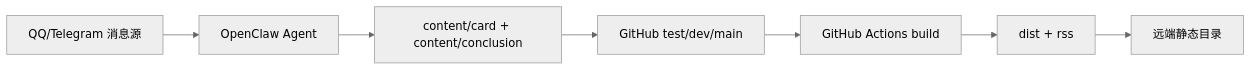
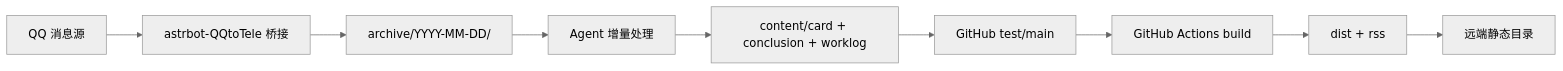
Before and after one commit to guiguisocute/JXNU-PUBLISH: the diagram in README.md, drawn with Mermaid (neutral theme). The commit also changed other lines of this file and 1 other file, not shown here.

````diff
--- a/README.md
+++ b/README.md
@@ -13,9 +17,11 @@
 ```mermaid
 flowchart LR
-  A[QQ/Telegram 消息源] --> B[OpenClaw Agent]
-  B --> C[content/card + content/conclusion]
-  C --> D[GitHub test/dev/main]
-  D --> E[GitHub Actions build]
-  E --> F[dist + rss]
-  F --> G[远端静态目录]
+  A[QQ 消息源] --> B[astrbot-QQtoTele 桥接]
+  B --> C[archive/YYYY-MM-DD/]
+  C --> D[Agent 增量处理]
+  D --> E[content/card + conclusion + worklog]
+  E --> F[GitHub test/main]
+  F --> G[GitHub Actions build]
+  G --> H[dist + rss]
+  H --> I[远端静态目录]
 ```
````
